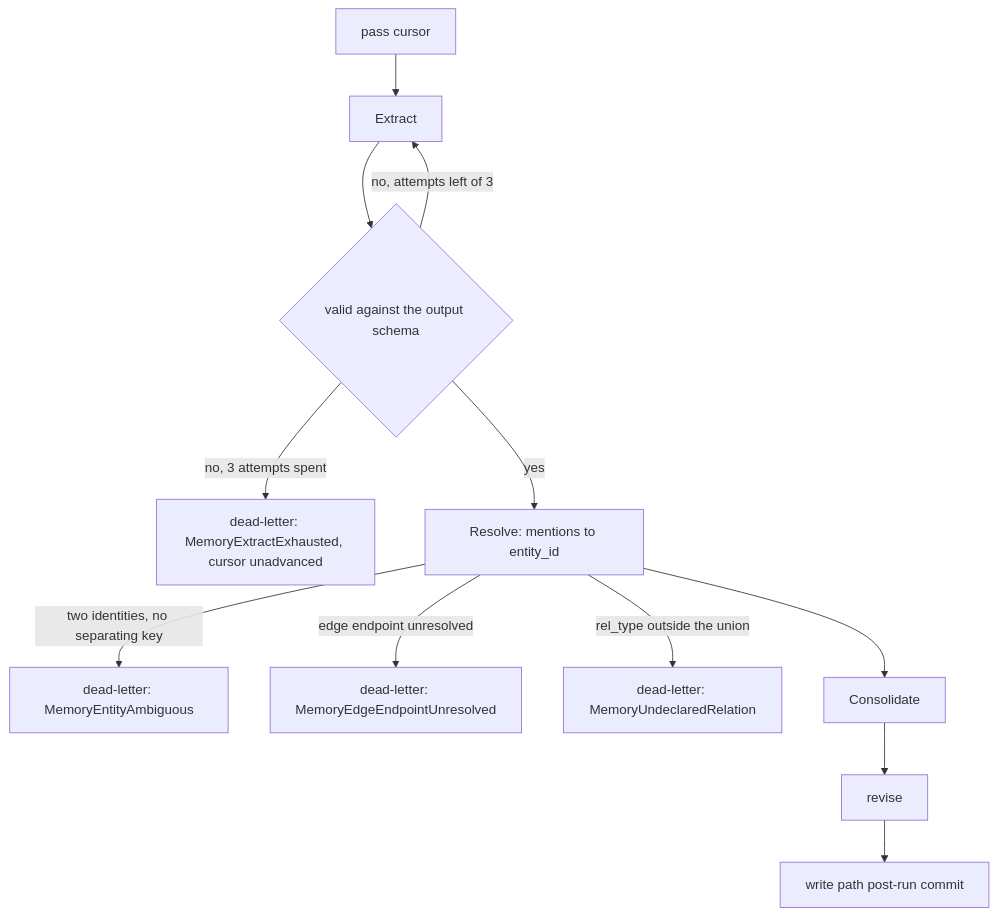
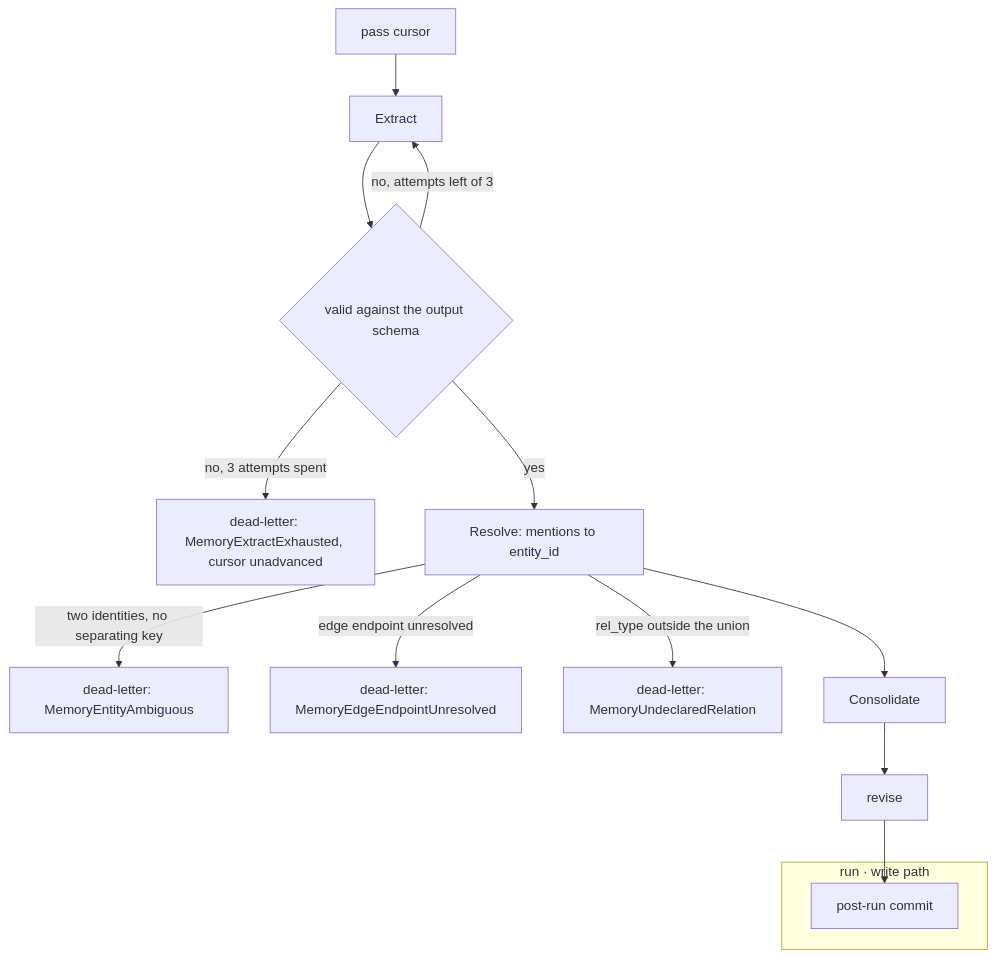
One commit to fractalboxdev/contextful changed the second of 4 diagrams in spec/21-memory.md. Above: the diagram before and after it, drawn with Mermaid. The commit also changed other lines of this file and 33 other files, not shown here.

Commit message:
spec: diagrams draw contracts, parties and trust zones as containers; a node standing for one is refused

````diff
--- a/spec/21-memory.md
+++ b/spec/21-memory.md
@@ -58,14 +89,17 @@
 ```mermaid
 flowchart TD
   CUR["pass cursor"] --> EX["Extract"]
   EX --> VAL{"valid against the output schema"}
   VAL -- "no, attempts left of 3" --> EX
   VAL -- "no, 3 attempts spent" --> DL1["dead-letter: MemoryExtractExhausted, cursor unadvanced"]
   VAL -- "yes" --> RS["Resolve: mentions to entity_id"]
   RS -- "two identities, no separating key" --> DL2["dead-letter: MemoryEntityAmbiguous"]
   RS -- "edge endpoint unresolved" --> DL3["dead-letter: MemoryEdgeEndpointUnresolved"]
   RS -- "rel_type outside the union" --> DL4["dead-letter: MemoryUndeclaredRelation"]
   RS --> CO["Consolidate"]
   CO --> RV["revise"]
-  RV --> CM["write path post-run commit"]
+  subgraph RUNW["run · write path"]
+    CM["post-run commit"]
+  end
+  RV --> CM
 ```
````
